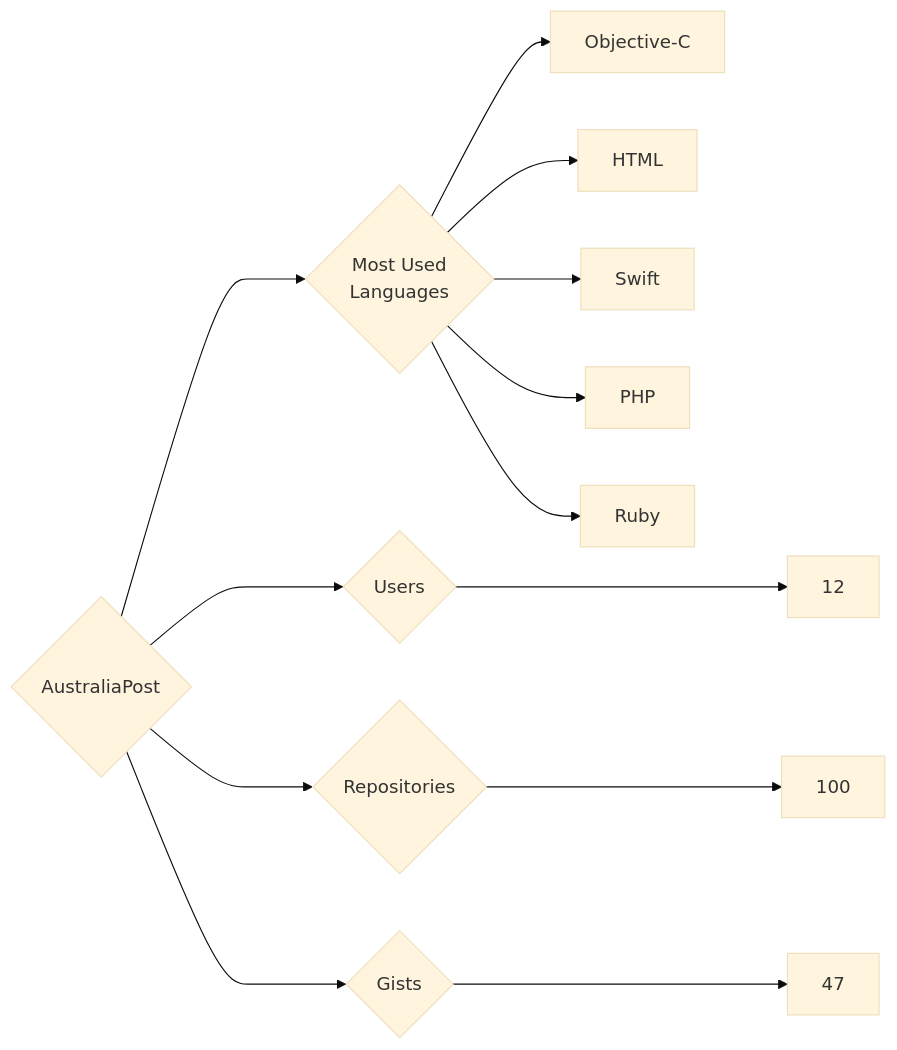
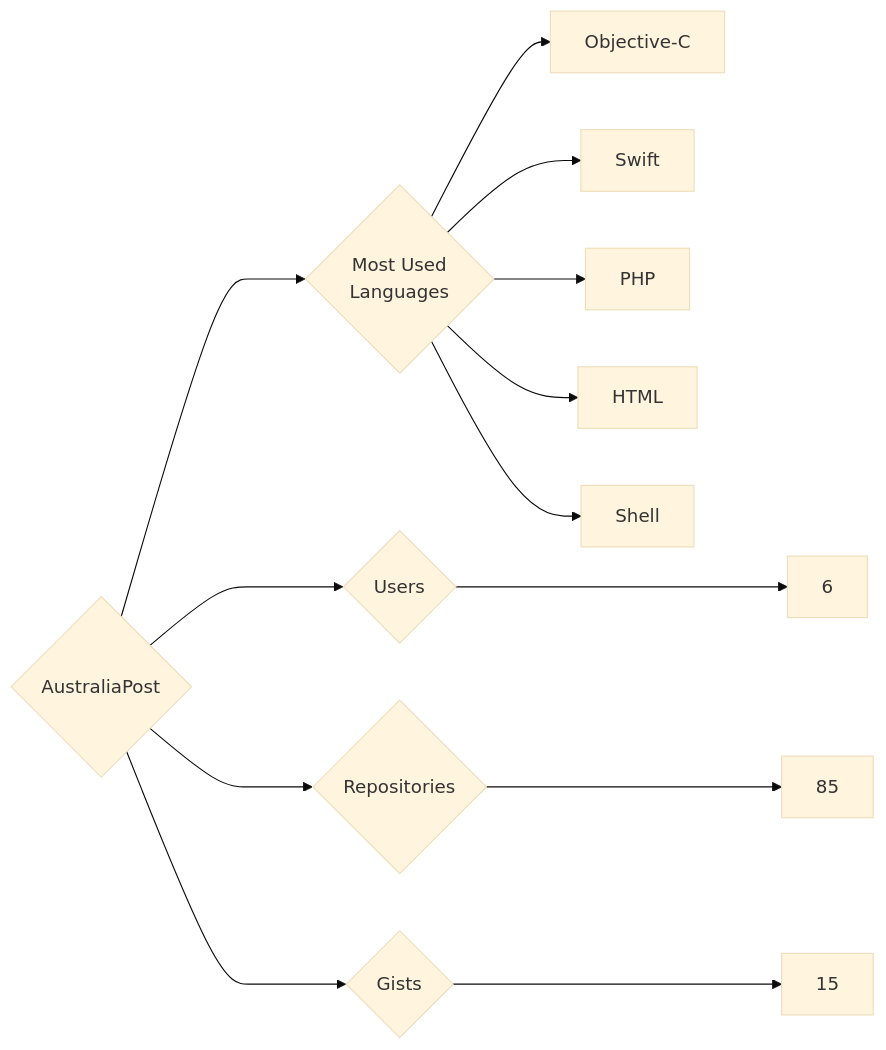
The diagram in targets/AustraliaPost/README.md (trickest/insiders), drawn with Mermaid (base theme) before and after one commit. The commit also changed 1020 other files, not shown here.

````diff
--- a/targets/AustraliaPost/README.md
+++ b/targets/AustraliaPost/README.md
@@ -3,13 +3,13 @@
 ```mermaid
 graph LR
 COMPANY_NAME{AustraliaPost}
-COMPANY_NAME ---> U{Users} ---> UN[12]
-COMPANY_NAME ---> R{Repositories} ---> RN[100]
-COMPANY_NAME ---> G{Gists} ---> GN[47]
+COMPANY_NAME ---> U{Users} ---> UN[6]
+COMPANY_NAME ---> R{Repositories} ---> RN[85]
+COMPANY_NAME ---> G{Gists} ---> GN[15]
 COMPANY_NAME ---> ML{Most Used<br>Languages}
 ML --> Objective-C[Objective-C]
-ML --> HTML[HTML]
 ML --> Swift[Swift]
 ML --> PHP[PHP]
-ML --> Ruby[Ruby]
+ML --> HTML[HTML]
+ML --> Shell[Shell]
 ```
````
